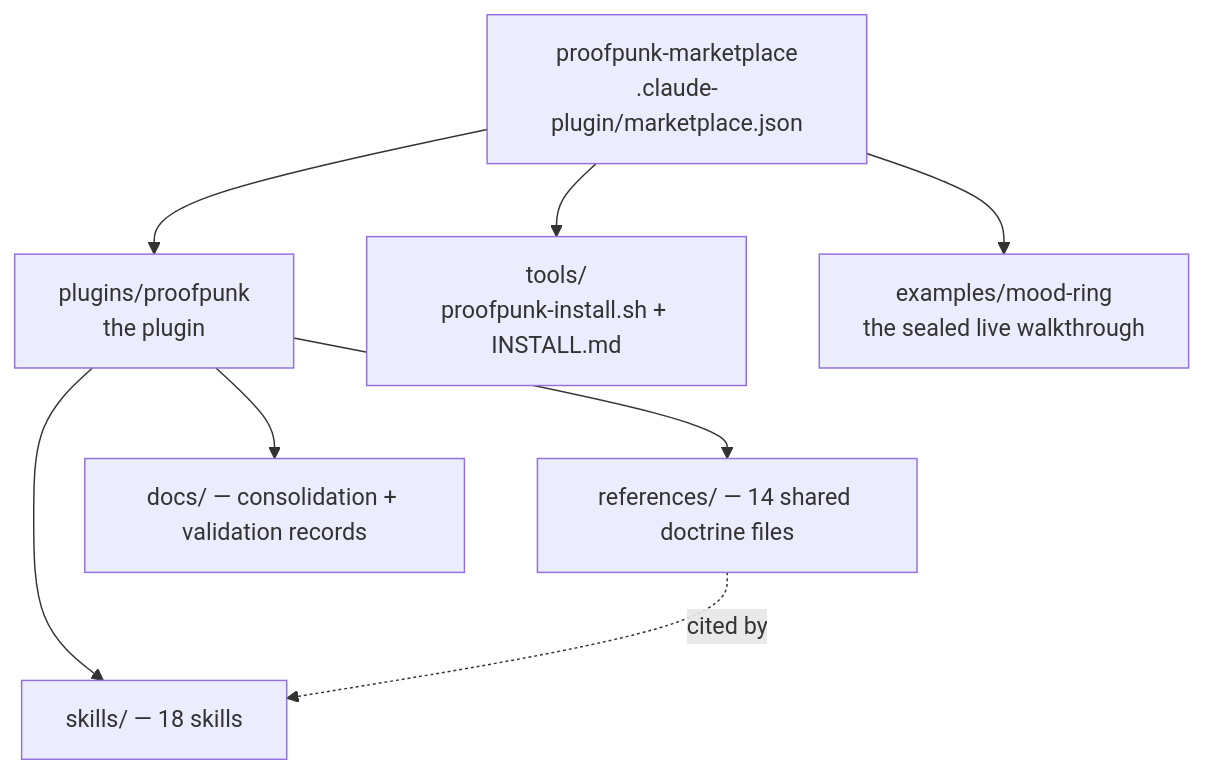
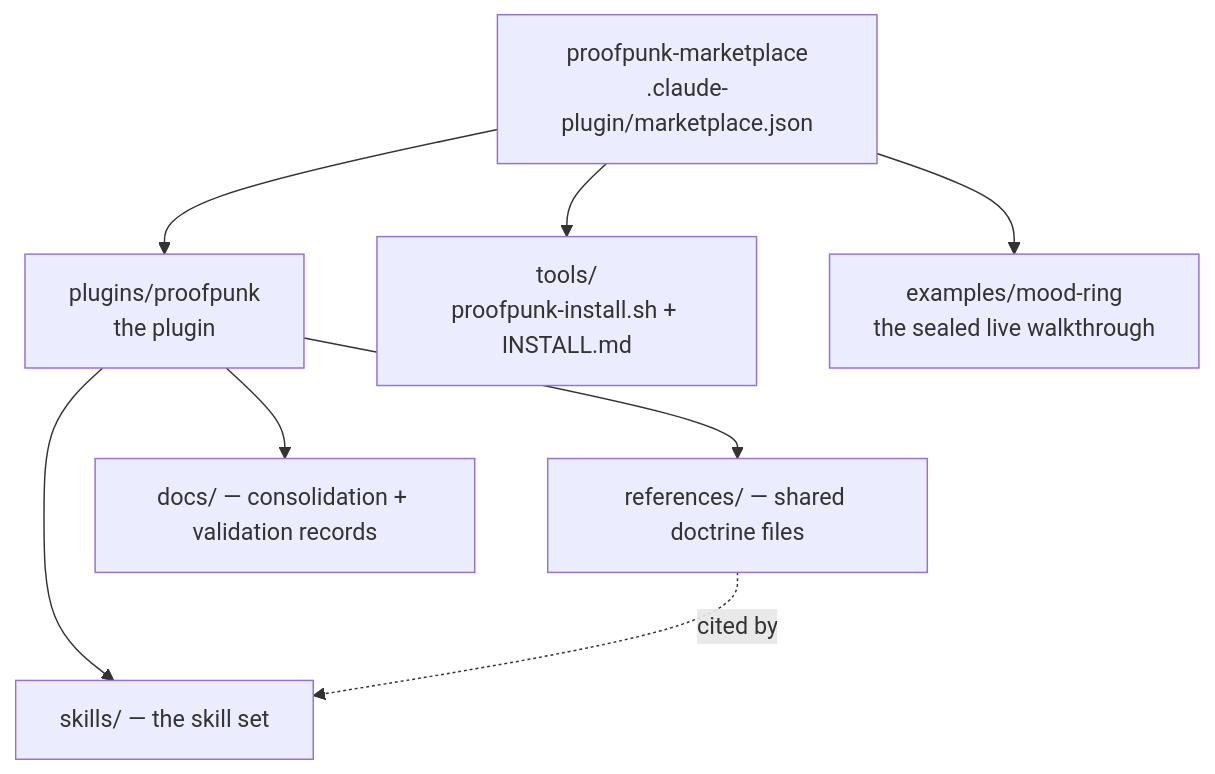
Before and after one commit to krzemienski/proofpunk: the first of 5 diagrams in README.md, drawn with Mermaid. The commit also changed other lines of this file and 2 other files, not shown here.

````diff
--- a/README.md
+++ b/README.md
@@ -413,11 +422,11 @@
 ```mermaid
 graph TD
     M["proofpunk-marketplace<br/>.claude-plugin/marketplace.json"]
     M --> P["plugins/proofpunk<br/>the plugin"]
     M --> T["tools/<br/>proofpunk-install.sh + INSTALL.md"]
     M --> E["examples/mood-ring<br/>the sealed live walkthrough"]
-    P --> S["skills/ — 18 skills"]
-    P --> R["references/ — 14 shared doctrine files"]
+    P --> S["skills/ — the skill set"]
+    P --> R["references/ — shared doctrine files"]
     P --> D["docs/ — consolidation + validation records"]
     R -.->|cited by| S
 ```
````
